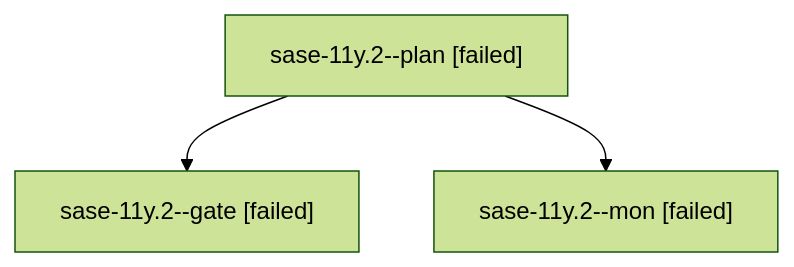
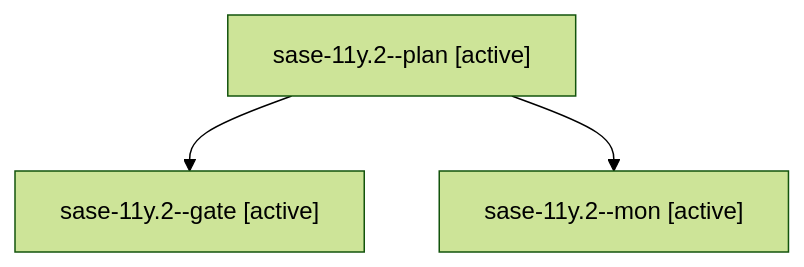
One commit to sase-org/sase--agents changed the diagram in families/bbugyi200.athena.sase-11y.2.md. Above: the diagram before and after it, drawn with Mermaid (forest theme). The commit also changed other lines of this file and 35830 other files, not shown here.

````diff
--- a/families/bbugyi200.athena.sase-11y.2.md
+++ b/families/bbugyi200.athena.sase-11y.2.md
@@ -9,8 +9,8 @@
 ```mermaid
 flowchart TD
-  n0["sase-11y.2--plan [failed]"]
-  n1["sase-11y.2--gate [failed]"]
+  n0["sase-11y.2--plan [active]"]
+  n1["sase-11y.2--gate [active]"]
   n0 --> n1
-  n2["sase-11y.2--mon [failed]"]
+  n2["sase-11y.2--mon [active]"]
   n0 --> n2
 ```
````
